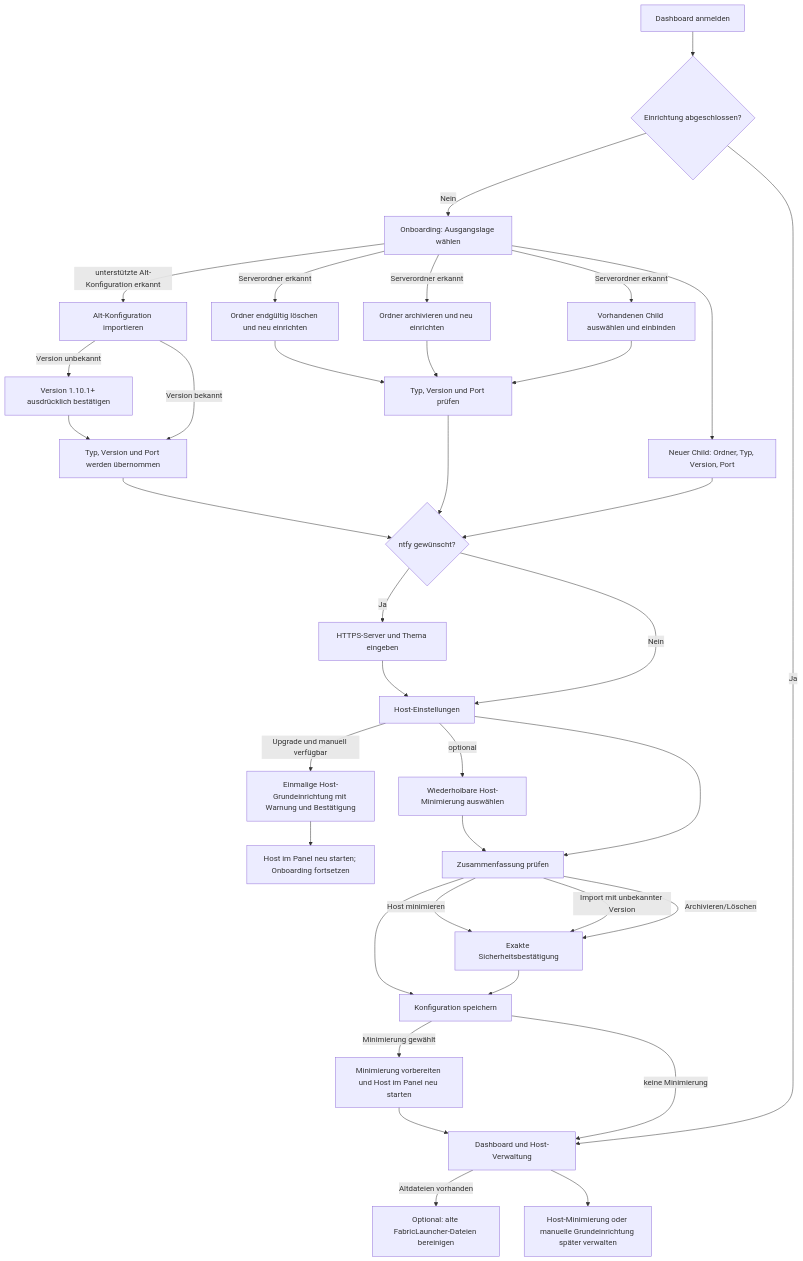
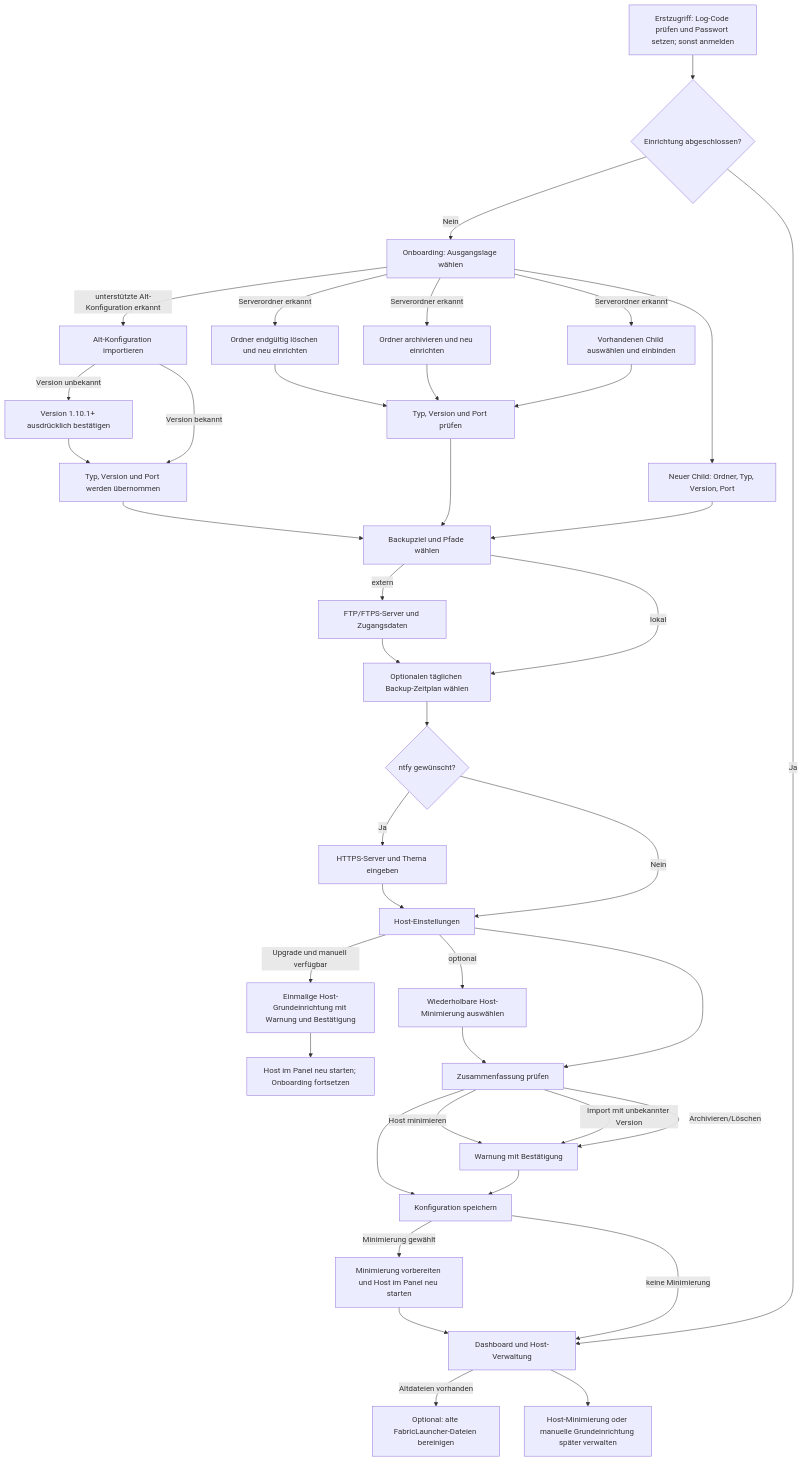
The diagram in docs/ONBOARDING.md (PrinceDiamant/minecraft-serverhoster-plugin), drawn with Mermaid before and after one commit. The commit also changed other lines of this file and 23 other files, not shown here.

````diff
--- a/docs/ONBOARDING.md
+++ b/docs/ONBOARDING.md
@@ -3,38 +3,42 @@
 ```mermaid
 flowchart TD
-    A[Dashboard anmelden] --> B{Einrichtung abgeschlossen?}
+    A[Erstzugriff: Log-Code prüfen und Passwort setzen; sonst anmelden] --> B{Einrichtung abgeschlossen?}
     B -- Ja --> Z[Dashboard und Host-Verwaltung]
     B -- Nein --> C[Onboarding: Ausgangslage wählen]
     C --> N[Neuer Child: Ordner, Typ, Version, Port]
     C -->|Serverordner erkannt| E[Vorhandenen Child auswählen und einbinden]
     C -->|unterstützte Alt-Konfiguration erkannt| I[Alt-Konfiguration importieren]
     C -->|Serverordner erkannt| R[Ordner archivieren und neu einrichten]
     C -->|Serverordner erkannt| D[Ordner endgültig löschen und neu einrichten]
     E --> F[Typ, Version und Port prüfen]
     R --> F
     D --> F
     I -->|Version unbekannt| V[Version 1.10.1+ ausdrücklich bestätigen]
     I -->|Version bekannt| T[Typ, Version und Port werden übernommen]
     V --> T
-    N --> O{ntfy gewünscht?}
-    F --> O
-    T --> O
+    N --> B1[Backupziel und Pfade wählen]
+    F --> B1
+    T --> B1
+    B1 -->|extern| B2[FTP/FTPS-Server und Zugangsdaten]
+    B1 -->|lokal| B3[Optionalen täglichen Backup-Zeitplan wählen]
+    B2 --> B3
+    B3 --> O{ntfy gewünscht?}
     O -- Ja --> P[HTTPS-Server und Thema eingeben]
     O -- Nein --> H
     P --> H[Host-Einstellungen]
     H -->|optional| M[Wiederholbare Host-Minimierung auswählen]
     H -->|Upgrade und manuell verfügbar| G[Einmalige Host-Grundeinrichtung mit Warnung und Bestätigung]
     G --> K[Host im Panel neu starten; Onboarding fortsetzen]
     H --> Q[Zusammenfassung prüfen]
     M --> Q
-    Q -->|Archivieren/Löschen| X[Exakte Sicherheitsbestätigung]
+    Q -->|Archivieren/Löschen| X[Warnung mit Bestätigung]
     Q -->|Import mit unbekannter Version| X
     Q -->|Host minimieren| X
     X --> S[Konfiguration speichern]
     Q --> S
     S -->|Minimierung gewählt| J[Minimierung vorbereiten und Host im Panel neu starten]
     S -->|keine Minimierung| Z
     J --> Z
     Z -->|Altdateien vorhanden| L[Optional: alte FabricLauncher-Dateien bereinigen]
     Z --> U[Host-Minimierung oder manuelle Grundeinrichtung später verwalten]
 ```
````
